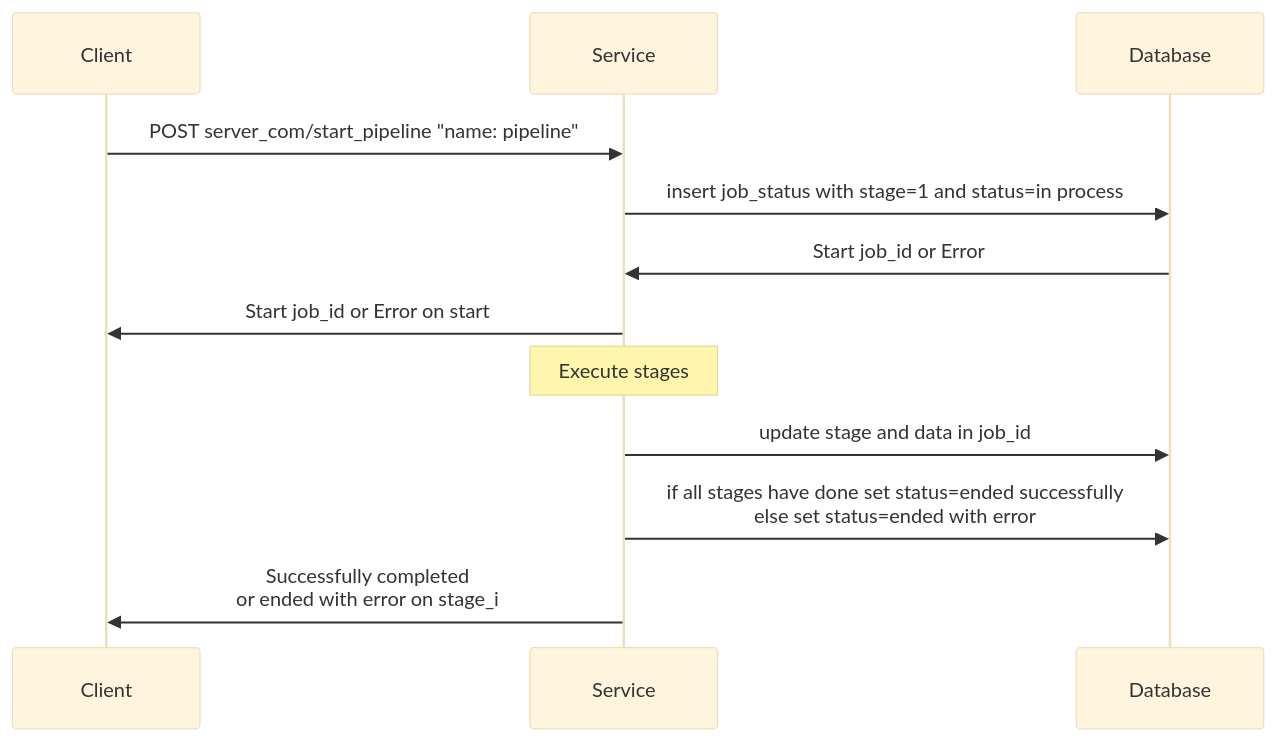
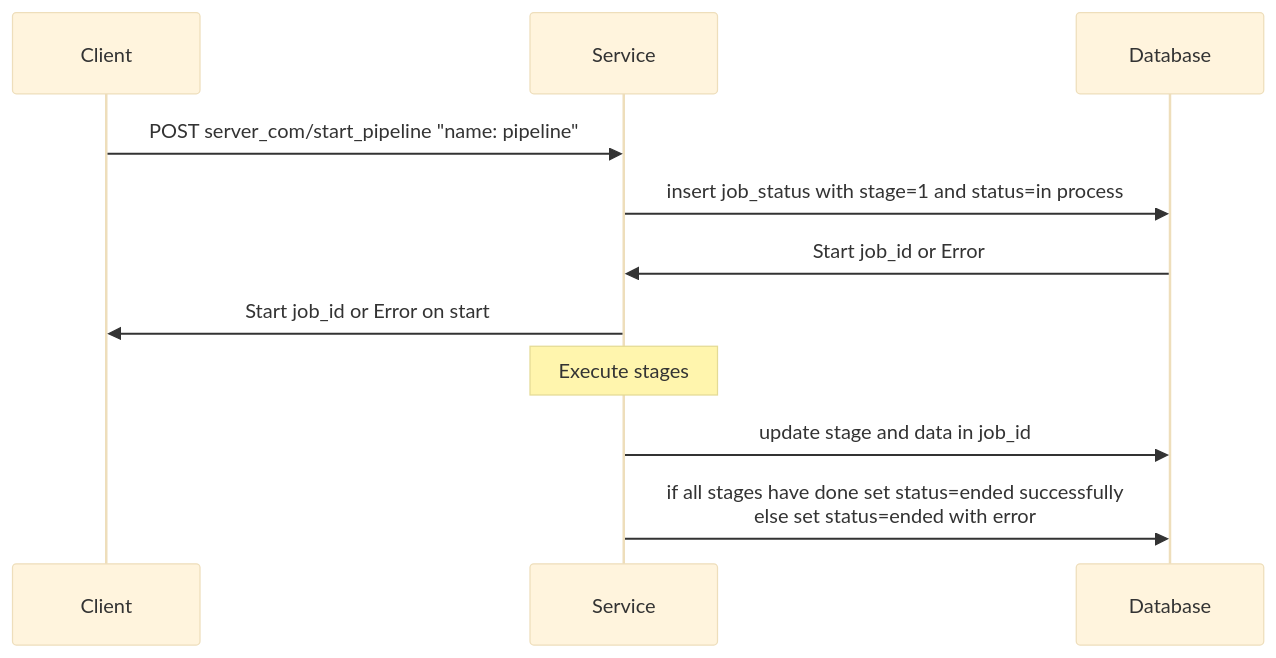
One commit to Jwostik/FastAPI changed the second of 4 diagrams in pipeline.md. Above: the diagram before and after it, drawn with Mermaid (base theme).

````diff
--- a/pipeline.md
+++ b/pipeline.md
@@ -68,14 +68,13 @@
 ```mermaid
 sequenceDiagram
     participant C as Client
     participant S as Service
     participant D as Database
     C->>S: POST server_com/start_pipeline "name: pipeline"
     S->>D: insert job_status with stage=1 and status=in process
     D->>S: Start job_id or Error
     S->>C: Start job_id or Error on start
     Note over S: Execute stages
     S->>D: update stage and data in job_id
     S->>D: if all stages have done set status=ended successfully<br/>else set status=ended with error
-    S->>C: Successfully completed<br/> or ended with error on stage_i
 ```
````
